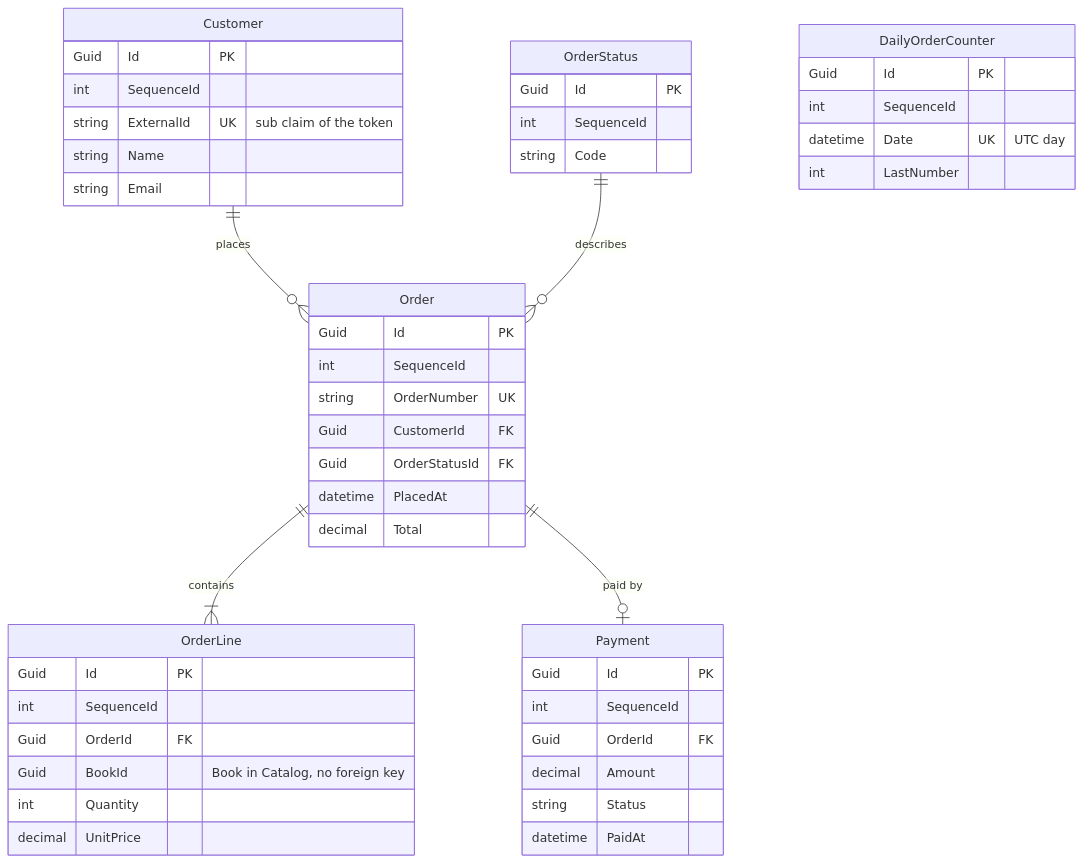
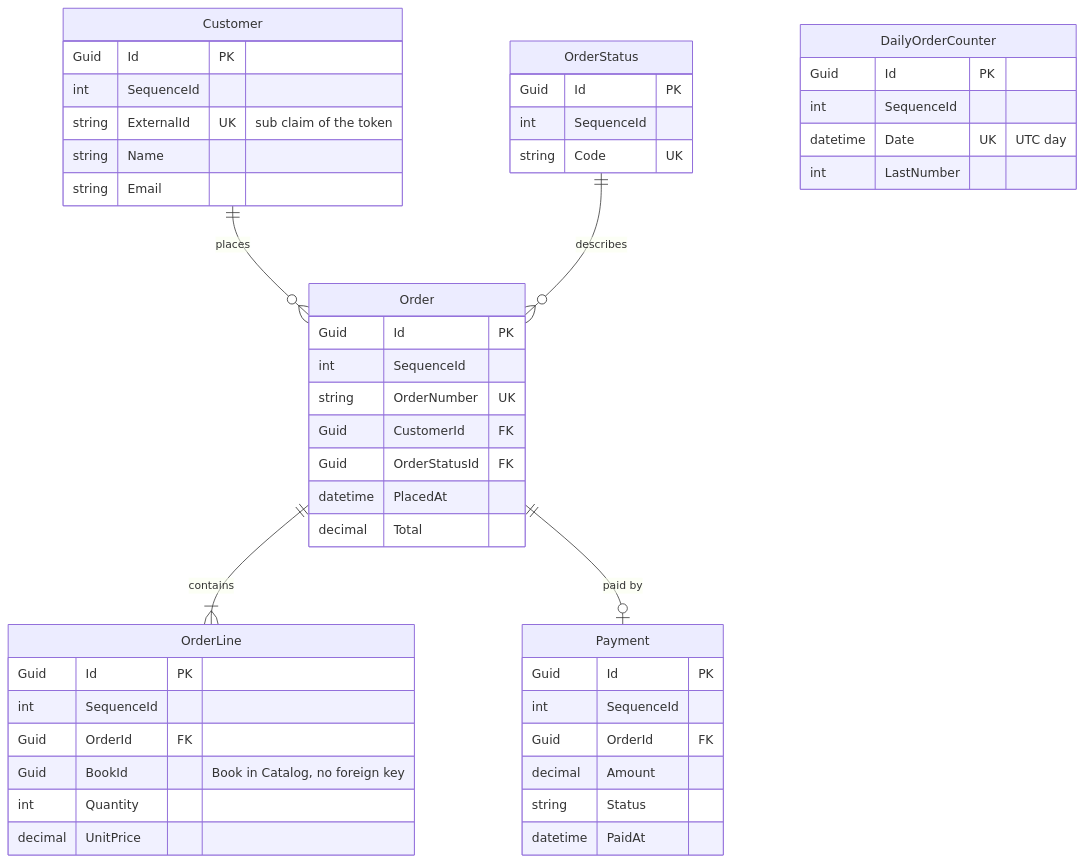
One commit to gmarginet/CleanArchitectureToolkit changed the second of 3 diagrams in demo/README.md. Above: the diagram before and after it, drawn with Mermaid.

Commit message:
Mark the OrderStatus code as unique in the Orders ERD (skip-pub)

````diff
--- a/demo/README.md
+++ b/demo/README.md
@@ -513,51 +513,51 @@
 ```mermaid
 erDiagram
     Customer ||--o{ Order : places
     OrderStatus ||--o{ Order : describes
     Order ||--|{ OrderLine : contains
     Order ||--o| Payment : "paid by"
 
     Customer {
         Guid Id PK
         int SequenceId
         string ExternalId UK "sub claim of the token"
         string Name
         string Email
     }
     OrderStatus {
         Guid Id PK
         int SequenceId
-        string Code
+        string Code UK
     }
     Order {
         Guid Id PK
         int SequenceId
         string OrderNumber UK
         Guid CustomerId FK
         Guid OrderStatusId FK
         datetime PlacedAt
         decimal Total
     }
     OrderLine {
         Guid Id PK
         int SequenceId
         Guid OrderId FK
         Guid BookId "Book in Catalog, no foreign key"
         int Quantity
         decimal UnitPrice
     }
     Payment {
         Guid Id PK
         int SequenceId
         Guid OrderId FK
         decimal Amount
         string Status
         datetime PaidAt
     }
     DailyOrderCounter {
         Guid Id PK
         int SequenceId
         datetime Date UK "UTC day"
         int LastNumber
     }
 ```
````
